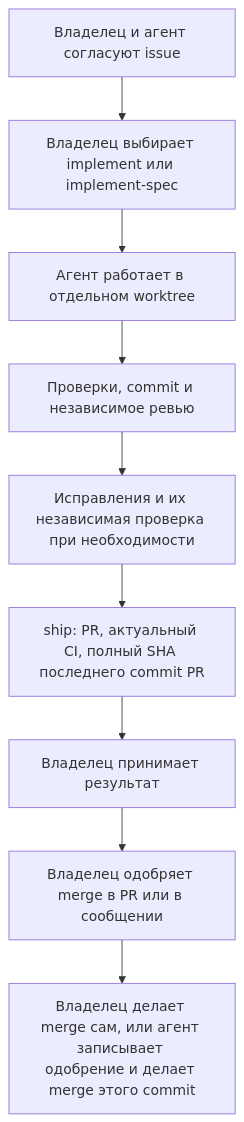
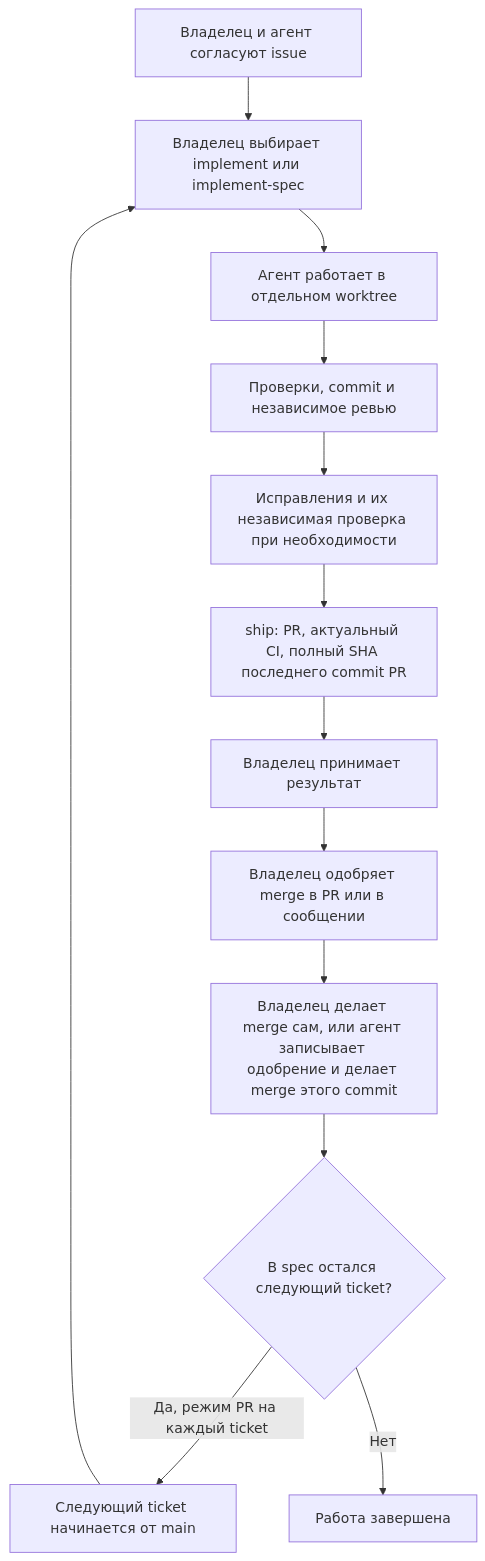
Before and after one commit to KirillSachkov/interview-sensei: the diagram in docs/process.ru.md, drawn with Mermaid. The commit also changed other lines of this file and 7 other files, not shown here.

````diff
--- a/docs/process.ru.md
+++ b/docs/process.ru.md
@@ -7,11 +7,15 @@
 ```mermaid
 flowchart TD
     A["Владелец и агент согласуют issue"] --> B["Владелец выбирает implement или implement-spec"]
     B --> C["Агент работает в отдельном worktree"]
     C --> D["Проверки, commit и независимое ревью"]
     D --> E["Исправления и их независимая проверка при необходимости"]
     E --> F["ship: PR, актуальный CI, полный SHA последнего commit PR"]
     F --> G["Владелец принимает результат"]
     G --> H["Владелец одобряет merge в PR или в сообщении"]
     H --> I["Владелец делает merge сам, или агент записывает одобрение и делает merge этого commit"]
+    I --> J{"В spec остался следующий ticket?"}
+    J -- "Да, режим PR на каждый ticket" --> K["Следующий ticket начинается от main"]
+    K --> B
+    J -- "Нет" --> L["Работа завершена"]
 ```
````
